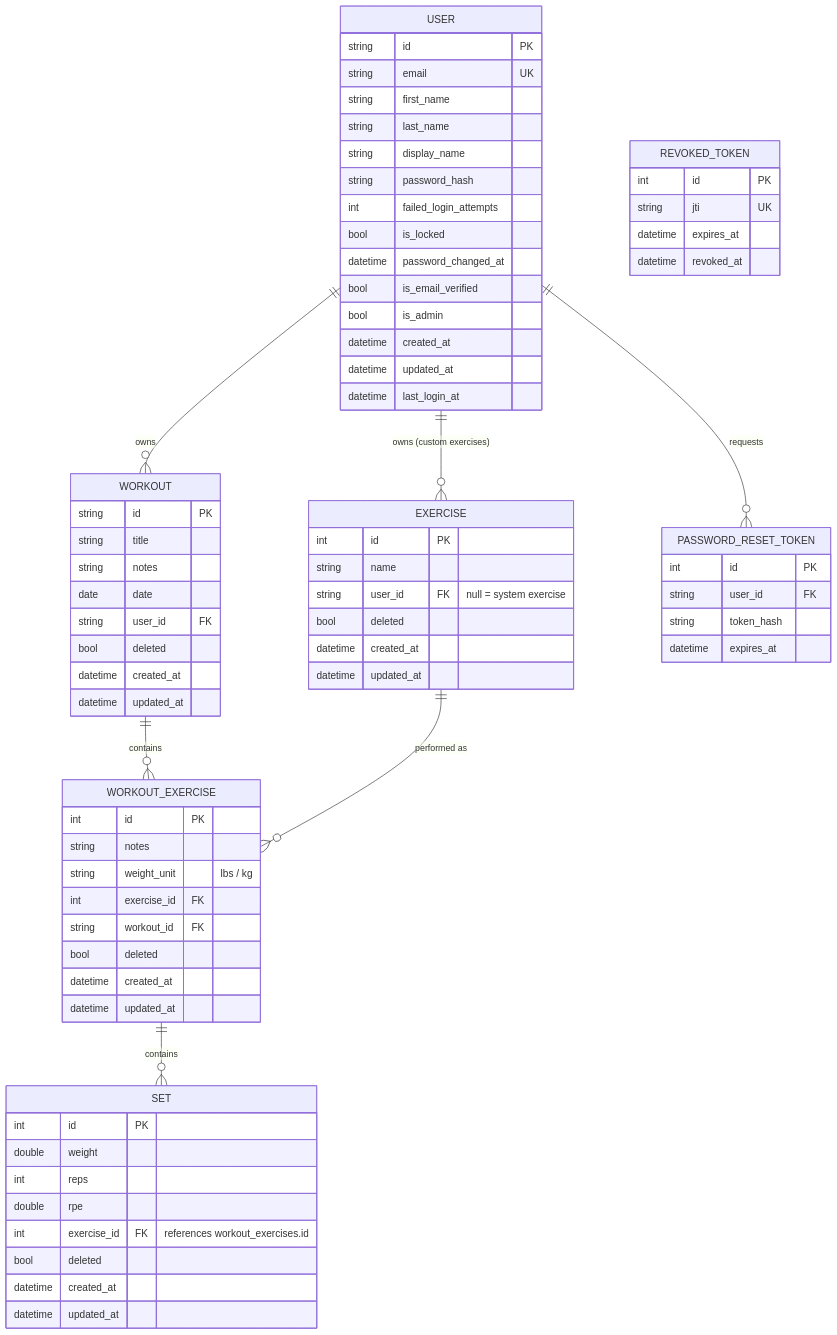
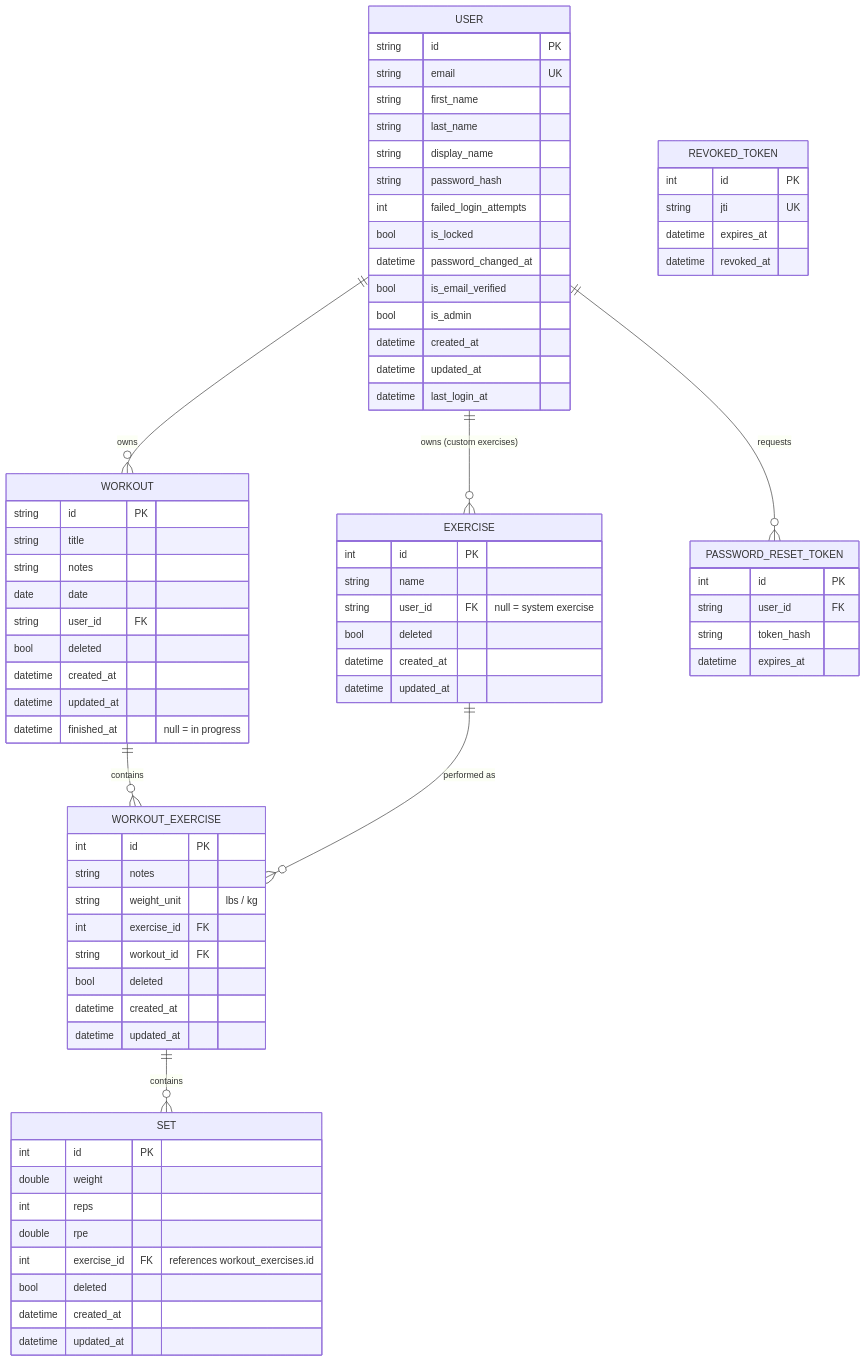
Before and after one commit to tylersocholotuik/workout-log-app: the diagram in docs/database-design.md, drawn with Mermaid. The commit also changed other lines of this file and 31 other files, not shown here.

```diff
--- a/docs/database-design.md
+++ b/docs/database-design.md
@@ -76,6 +76,7 @@
         bool deleted
         datetime created_at
         datetime updated_at
+        datetime finished_at "null = in progress"
     }
 
     WORKOUT_EXERCISE {
```
